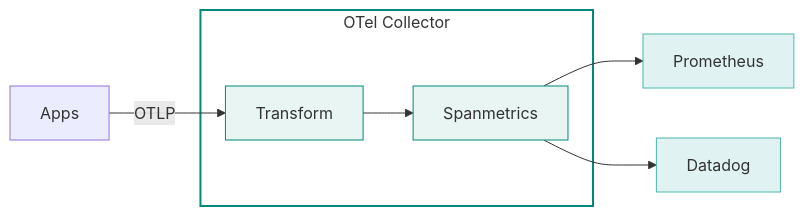
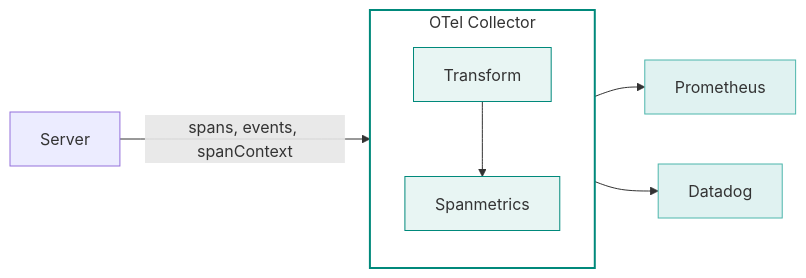
Diagram 27 of 28 in slides/index.qmd (wiggitywhitney/kubecon-2026-gitops), drawn with Mermaid before and after one commit. The commit also changed other lines of this file and 2 other files, not shown here.

First line of the commit message:
feat(prd-4): complete M5 — Scene 3-4 slides (Telemetry + Collector)

````diff
--- a/slides/index.qmd
+++ b/slides/index.qmd
@@ -773,15 +876,15 @@
 ```{mermaid}
 %%| fig-width: 10
 graph LR
-  apps["Apps"] -->|"OTLP"| transform
+  apps["Server"] -->|"spans, events, spanContext"| collector
   subgraph collector ["OTel Collector"]
     transform["Transform"] --> spanmetrics["Spanmetrics"]
   end
-  spanmetrics --> prometheus["Prometheus"]
-  spanmetrics --> datadog["Datadog"]
+  collector --> prometheus["Prometheus"]
+  collector --> datadog["Datadog"]
   style transform fill:#e8f5f3,stroke:#00897B
   style spanmetrics fill:#e8f5f3,stroke:#00897B
   style collector fill:none,stroke:#00897B,stroke-width:2px
   style prometheus fill:#e0f2f1,stroke:#4DB6AC
   style datadog fill:#e0f2f1,stroke:#4DB6AC
 ```
````
